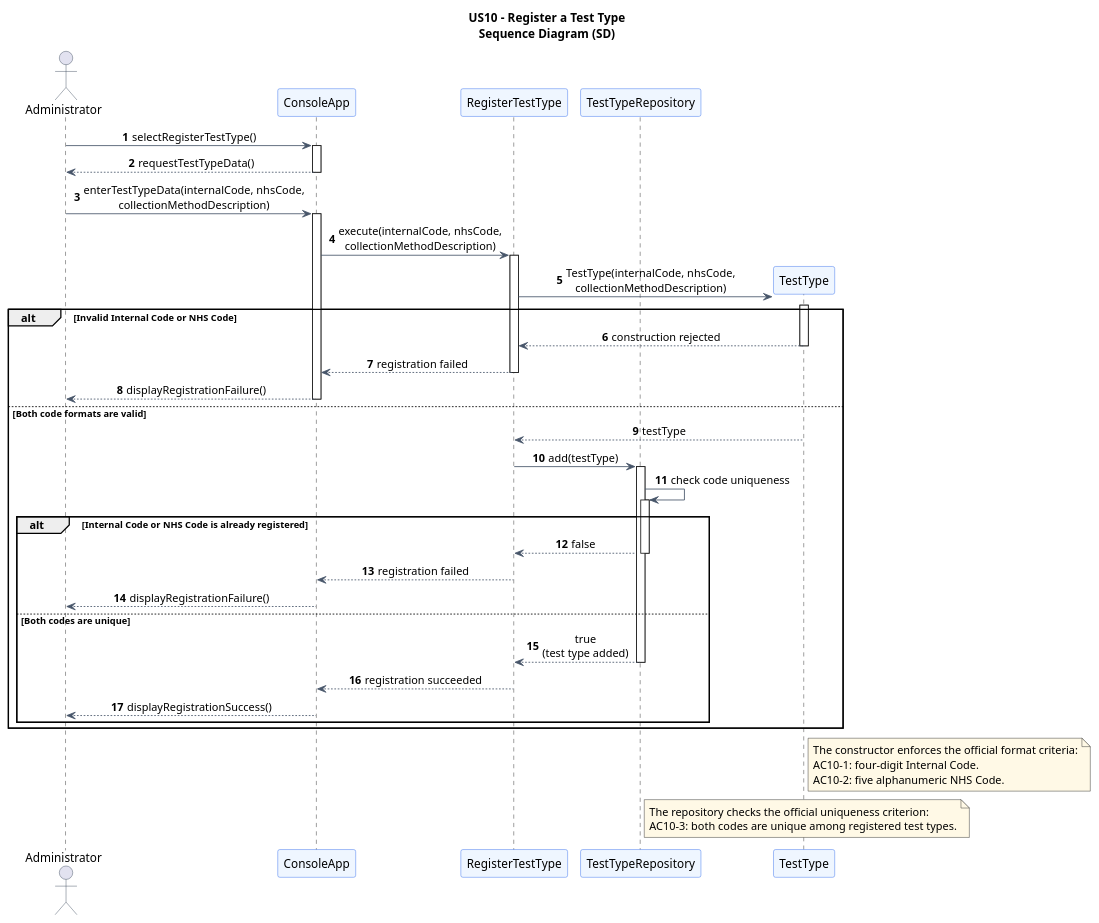
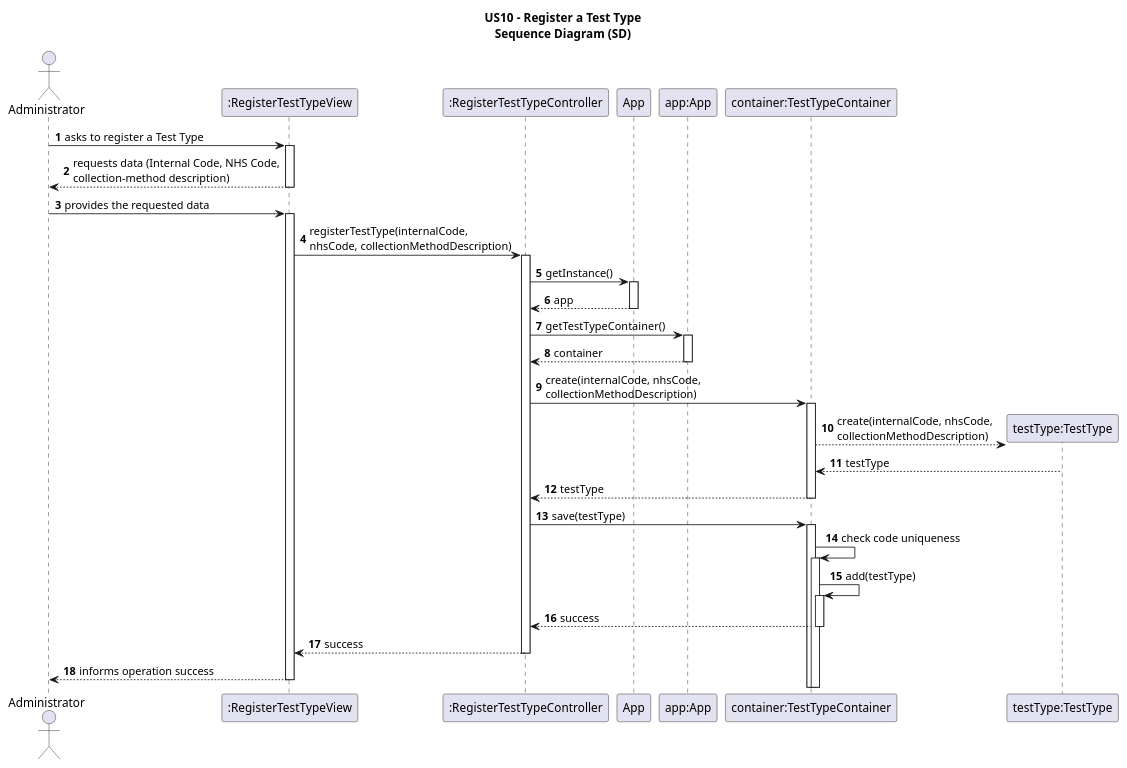
The diagram in docs/system-documentation/US10/puml/US10-SD.puml (jmaia574/leti-esoft-26-27-B6), drawn with PlantUML before and after one commit. The commit also changed 23 other files, not shown here.

```diff
--- a/docs/system-documentation/US10/puml/US10-SD.puml
+++ b/docs/system-documentation/US10/puml/US10-SD.puml
@@ -1,63 +1,35 @@
 @startuml
 title US10 - Register a Test Type\nSequence Diagram (SD)
-
-skinparam backgroundColor #FFFFFF
-skinparam shadowing false
-skinparam sequenceMessageAlign center
-skinparam responseMessageBelowArrow true
-skinparam ParticipantBorderColor #2563EB
-skinparam ParticipantBackgroundColor #EFF6FF
-skinparam ActorBorderColor #334155
-skinparam ArrowColor #475569
-skinparam NoteBackgroundColor #FFF9E6
 
 autoactivate on
 autonumber
 
-actor "Administrator" as Admin
-participant "ConsoleApp" as UI
-participant "RegisterTestType" as Service
-participant "TestTypeRepository" as Repository
-participant "TestType" as TestType
+actor "Administrator" as User
+participant ":RegisterTestTypeView" as View
+participant ":RegisterTestTypeController" as Ctrl
+participant App
+participant "app:App" as AppInstance
+participant "container:TestTypeContainer" as Container
+participant "testType:TestType" as TestType
 
-Admin -> UI : selectRegisterTestType()
-UI --> Admin : requestTestTypeData()
-Admin -> UI : enterTestTypeData(internalCode, nhsCode,\ncollectionMethodDescription)
+User -> View: asks to register a Test Type
+View --> User: requests data (Internal Code, NHS Code,\ncollection-method description)
+User -> View: provides the requested data
+View -> Ctrl: registerTestType(internalCode,\nnhsCode, collectionMethodDescription)
+Ctrl -> App: getInstance()
+App --> Ctrl: app
+Ctrl -> AppInstance: getTestTypeContainer()
+AppInstance --> Ctrl: container
 
-UI -> Service : execute(internalCode, nhsCode,\ncollectionMethodDescription)
-
-create TestType
-Service -> TestType : TestType(internalCode, nhsCode,\ncollectionMethodDescription)
-
-alt Invalid Internal Code or NHS Code
-    TestType --> Service : construction rejected
-    Service --> UI : registration failed
-    UI --> Admin : displayRegistrationFailure()
-else Both code formats are valid
-    TestType --> Service : testType
-    Service -> Repository : add(testType)
-    Repository -> Repository : check code uniqueness
-
-    alt Internal Code or NHS Code is already registered
-        Repository --> Service : false
-        Service --> UI : registration failed
-        UI --> Admin : displayRegistrationFailure()
-    else Both codes are unique
-        Repository --> Service : true\n(test type added)
-        Service --> UI : registration succeeded
-        UI --> Admin : displayRegistrationSuccess()
-    end
-end
-
-note right of TestType
-The constructor enforces the official format criteria:
-AC10-1: four-digit Internal Code.
-AC10-2: five alphanumeric NHS Code.
-end note
-
-note right of Repository
-The repository checks the official uniqueness criterion:
-AC10-3: both codes are unique among registered test types.
-end note
+Ctrl -> Container: create(internalCode, nhsCode,\ncollectionMethodDescription)
+Container --> TestType**: create(internalCode, nhsCode,\ncollectionMethodDescription)
+TestType --> Container: testType
+Container --> Ctrl: testType
+Ctrl -> Container: save(testType)
+Container -> Container: check code uniqueness
+Container -> Container: add(testType)
+Container --> Ctrl: success
+Ctrl --> View: success
+View --> User: informs operation success
 
 @enduml
```
